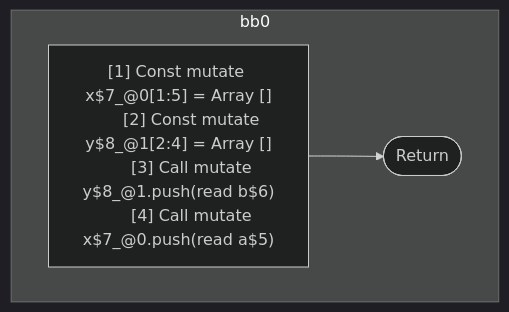
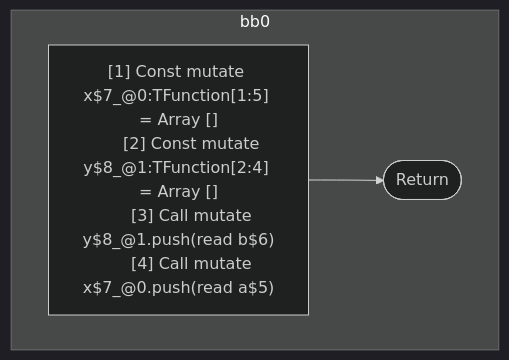
Before and after one commit to wutsmog/private: the diagram in compiler/forget/src/__tests__/fixtures/hir/overlapping-scopes-shadowed.expect.md, drawn with Mermaid (dark theme). The commit also changed other lines of this file and 112 other files, not shown here.

````diff
--- a/compiler/forget/src/__tests__/fixtures/hir/overlapping-scopes-shadowed.expect.md
+++ b/compiler/forget/src/__tests__/fixtures/hir/overlapping-scopes-shadowed.expect.md
@@ -50,16 +50,16 @@
 ```mermaid
 flowchart TB
   %% Basic Blocks
   subgraph bb0
     bb0_instrs["
-      [1] Const mutate x$7_@0[1:5] = Array []
-      [2] Const mutate y$8_@1[2:4] = Array []
+      [1] Const mutate x$7_@0:TFunction[1:5] = Array []
+      [2] Const mutate y$8_@1:TFunction[2:4] = Array []
       [3] Call mutate y$8_@1.push(read b$6)
       [4] Call mutate x$7_@0.push(read a$5)
     "]
     bb0_instrs --> bb0_terminal(["Return"])
   end
 
   %% Jumps
   %% empty
 ```
````
